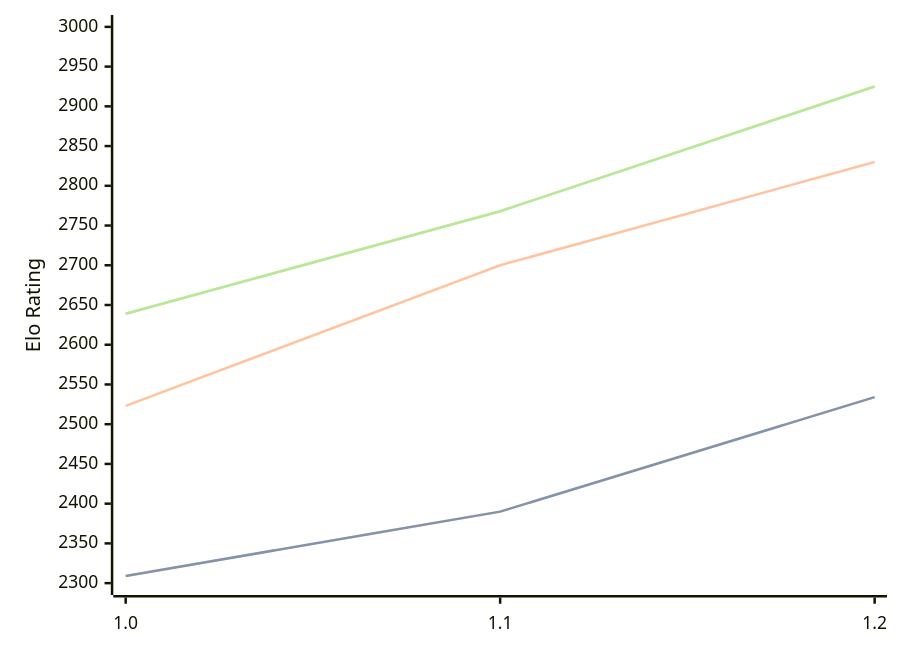
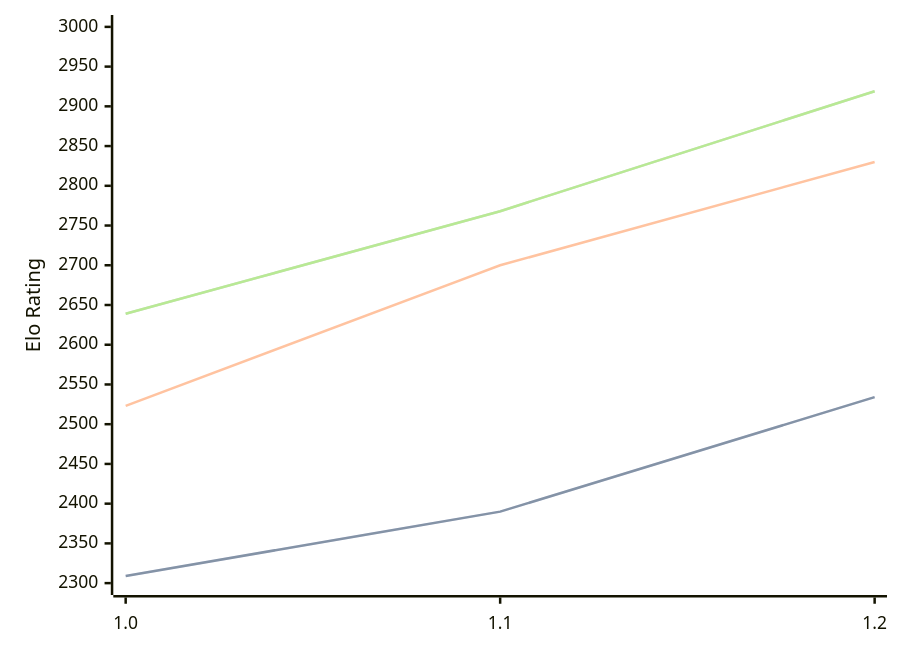
One commit to computer-chess-index/cci changed the third of 3 diagrams in engines/FoxChess.md. Above: the diagram before and after it, drawn with Mermaid. The commit also changed other lines of this file, not shown here.

Commit message:
Update CCI Ratings (ELO VLTC) - 2026-07-06

````diff
--- a/engines/FoxChess.md
+++ b/engines/FoxChess.md
@@ -66,11 +66,11 @@
 ```mermaid
 %%{init: {"theme":"base","themeVariables":{"seriesColors:['#a3a3a3','#222221','#faa371']}}}%%
 xychart-beta
   x-axis ["1.0", "1.1", "1.2"]
   y-axis "Elo Rating" 2300 --> 3000
   line "STC (8.0+0.08s)" [2309, 2390, 2534]
   line "STC (8.0+0.08s)" [2309, 2390, 2534]
   line "LTC (60.0+0.60s)" [2523, 2700, 2830]
-  line "VLTC (2m24s+1.12s)" [2639, 2768, 2925]
-  line "VLTC (2m24s+1.12s)" [2639, 2768, 2925]
+  line "VLTC (2m24s+1.12s)" [2639, 2768, 2919]
+  line "VLTC (2m24s+1.12s)" [2639, 2768, 2919]
 ```
````
